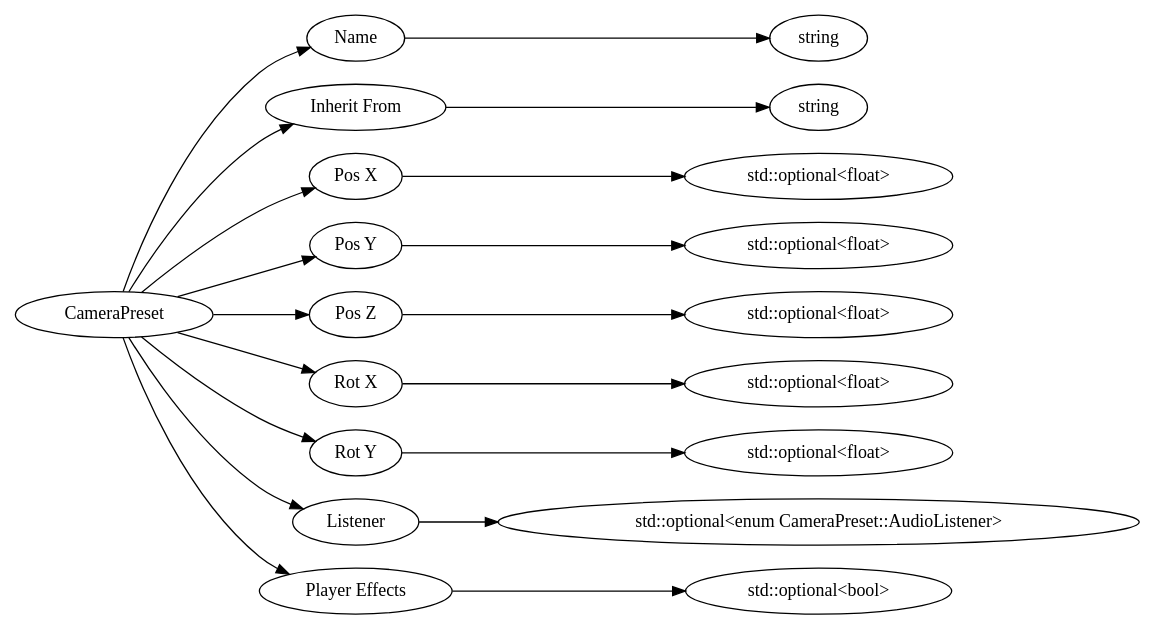
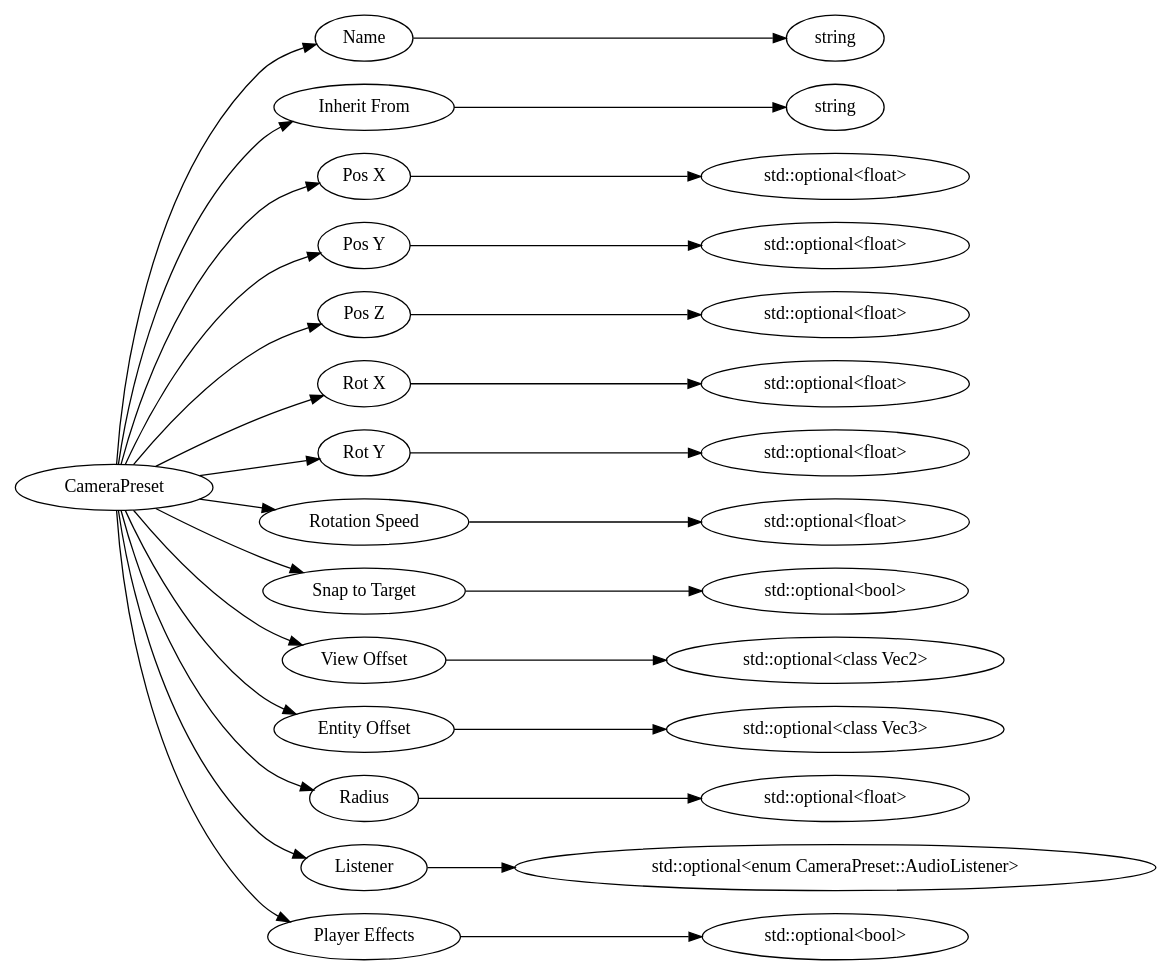
The diagram in assets/protocols/dot/CameraPreset.dot (MiemieMethod/bedrock-docs-generator), drawn with Graphviz before and after one commit. The commit also changed 712 other files, not shown here.

```diff
--- a/assets/protocols/dot/CameraPreset.dot
+++ b/assets/protocols/dot/CameraPreset.dot
@@ -1,44 +1,64 @@
 digraph "CameraPreset" {
 rankdir = LR
 8
 8 -> 9
 9 -> 10
 8 -> 11
 11 -> 12
 8 -> 13
 13 -> 17
 8 -> 18
 18 -> 19
 8 -> 20
 20 -> 21
 8 -> 22
 22 -> 23
 8 -> 24
 24 -> 25
 8 -> 26
-26 -> 30
-8 -> 31
-31 -> 35
+26 -> 27
+8 -> 28
+28 -> 32
+8 -> 33
+33 -> 37
+8 -> 38
+38 -> 42
+8 -> 43
+43 -> 44
+8 -> 45
+45 -> 49
+8 -> 50
+50 -> 51
 
 8 [label="CameraPreset",comment="name: \"CameraPreset\", typeName: \"\", id: 8, branchId: 0, recurseId: -1, attributes: 0, notes: \"\""];
 9 [label="Name",comment="name: \"Name\", typeName: \"\", id: 9, branchId: 0, recurseId: -1, attributes: 0, notes: \"\""];
 10 [label="string",comment="name: \"string\", typeName: \"\", id: 10, branchId: 0, recurseId: -1, attributes: 512, notes: \"\""];
 11 [label="Inherit From",comment="name: \"Inherit From\", typeName: \"\", id: 11, branchId: 0, recurseId: -1, attributes: 0, notes: \"\""];
 12 [label="string",comment="name: \"string\", typeName: \"\", id: 12, branchId: 0, recurseId: -1, attributes: 512, notes: \"\""];
 13 [label="Pos X",comment="name: \"Pos X\", typeName: \"std::optional<float>\", id: 13, branchId: 0, recurseId: -1, attributes: 256, notes: \"\""];
 17 [label="std::optional<float>",comment="name: \"std::optional<float>\", typeName: \"\", id: 17, branchId: 0, recurseId: -1, attributes: 512, notes: \"\""];
 18 [label="Pos Y",comment="name: \"Pos Y\", typeName: \"std::optional<float>\", id: 18, branchId: 0, recurseId: -1, attributes: 256, notes: \"\""];
 19 [label="std::optional<float>",comment="name: \"std::optional<float>\", typeName: \"\", id: 19, branchId: 0, recurseId: -1, attributes: 512, notes: \"\""];
 20 [label="Pos Z",comment="name: \"Pos Z\", typeName: \"std::optional<float>\", id: 20, branchId: 0, recurseId: -1, attributes: 256, notes: \"\""];
 21 [label="std::optional<float>",comment="name: \"std::optional<float>\", typeName: \"\", id: 21, branchId: 0, recurseId: -1, attributes: 512, notes: \"\""];
 22 [label="Rot X",comment="name: \"Rot X\", typeName: \"std::optional<float>\", id: 22, branchId: 0, recurseId: -1, attributes: 256, notes: \"\""];
 23 [label="std::optional<float>",comment="name: \"std::optional<float>\", typeName: \"\", id: 23, branchId: 0, recurseId: -1, attributes: 512, notes: \"\""];
 24 [label="Rot Y",comment="name: \"Rot Y\", typeName: \"std::optional<float>\", id: 24, branchId: 0, recurseId: -1, attributes: 256, notes: \"\""];
 25 [label="std::optional<float>",comment="name: \"std::optional<float>\", typeName: \"\", id: 25, branchId: 0, recurseId: -1, attributes: 512, notes: \"\""];
-26 [label="Listener",comment="name: \"Listener\", typeName: \"std::optional<enum CameraPreset::AudioListener>\", id: 26, branchId: 0, recurseId: -1, attributes: 256, notes: \"\""];
-30 [label="std::optional<enum CameraPreset::AudioListener>",comment="name: \"std::optional<enum CameraPreset::AudioListener>\", typeName: \"\", id: 30, branchId: 0, recurseId: -1, attributes: 512, notes: \"\""];
-31 [label="Player Effects",comment="name: \"Player Effects\", typeName: \"std::optional<bool>\", id: 31, branchId: 0, recurseId: -1, attributes: 256, notes: \"\""];
-35 [label="std::optional<bool>",comment="name: \"std::optional<bool>\", typeName: \"\", id: 35, branchId: 0, recurseId: -1, attributes: 512, notes: \"\""];
-{ rank = max;10;12;17;19;21;23;25;30;35}
+26 [label="Rotation Speed",comment="name: \"Rotation Speed\", typeName: \"std::optional<float>\", id: 26, branchId: 0, recurseId: -1, attributes: 256, notes: \"\""];
+27 [label="std::optional<float>",comment="name: \"std::optional<float>\", typeName: \"\", id: 27, branchId: 0, recurseId: -1, attributes: 512, notes: \"\""];
+28 [label="Snap to Target",comment="name: \"Snap to Target\", typeName: \"std::optional<bool>\", id: 28, branchId: 0, recurseId: -1, attributes: 256, notes: \"\""];
+32 [label="std::optional<bool>",comment="name: \"std::optional<bool>\", typeName: \"\", id: 32, branchId: 0, recurseId: -1, attributes: 512, notes: \"\""];
+33 [label="View Offset",comment="name: \"View Offset\", typeName: \"std::optional<class Vec2>\", id: 33, branchId: 0, recurseId: -1, attributes: 256, notes: \"\""];
+37 [label="std::optional<class Vec2>",comment="name: \"std::optional<class Vec2>\", typeName: \"\", id: 37, branchId: 0, recurseId: -1, attributes: 512, notes: \"\""];
+38 [label="Entity Offset",comment="name: \"Entity Offset\", typeName: \"std::optional<class Vec3>\", id: 38, branchId: 0, recurseId: -1, attributes: 256, notes: \"Changing the camera's pivot point from the center of the entity\""];
+42 [label="std::optional<class Vec3>",comment="name: \"std::optional<class Vec3>\", typeName: \"\", id: 42, branchId: 0, recurseId: -1, attributes: 512, notes: \"\""];
+43 [label="Radius",comment="name: \"Radius\", typeName: \"std::optional<float>\", id: 43, branchId: 0, recurseId: -1, attributes: 256, notes: \"\""];
+44 [label="std::optional<float>",comment="name: \"std::optional<float>\", typeName: \"\", id: 44, branchId: 0, recurseId: -1, attributes: 512, notes: \"\""];
+45 [label="Listener",comment="name: \"Listener\", typeName: \"std::optional<enum CameraPreset::AudioListener>\", id: 45, branchId: 0, recurseId: -1, attributes: 256, notes: \"\""];
+49 [label="std::optional<enum CameraPreset::AudioListener>",comment="name: \"std::optional<enum CameraPreset::AudioListener>\", typeName: \"\", id: 49, branchId: 0, recurseId: -1, attributes: 512, notes: \"\""];
+50 [label="Player Effects",comment="name: \"Player Effects\", typeName: \"std::optional<bool>\", id: 50, branchId: 0, recurseId: -1, attributes: 256, notes: \"\""];
+51 [label="std::optional<bool>",comment="name: \"std::optional<bool>\", typeName: \"\", id: 51, branchId: 0, recurseId: -1, attributes: 512, notes: \"\""];
+{ rank = max;10;12;17;19;21;23;25;27;32;37;42;44;49;51}
 
 }
```
